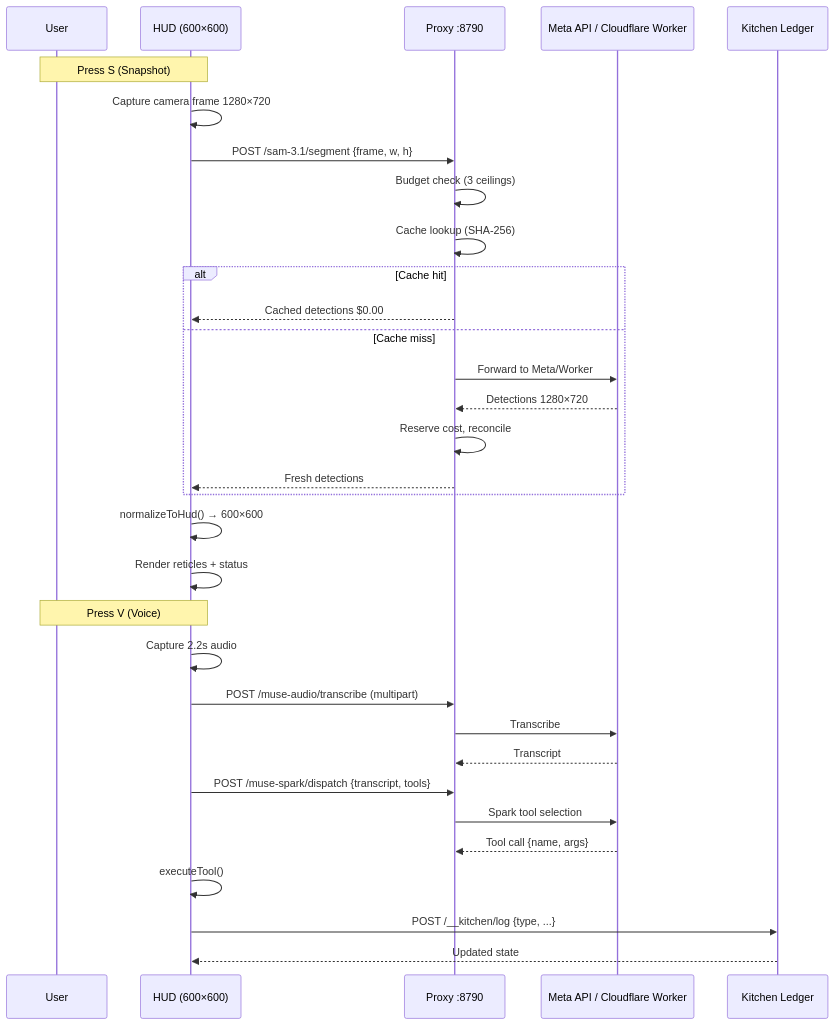
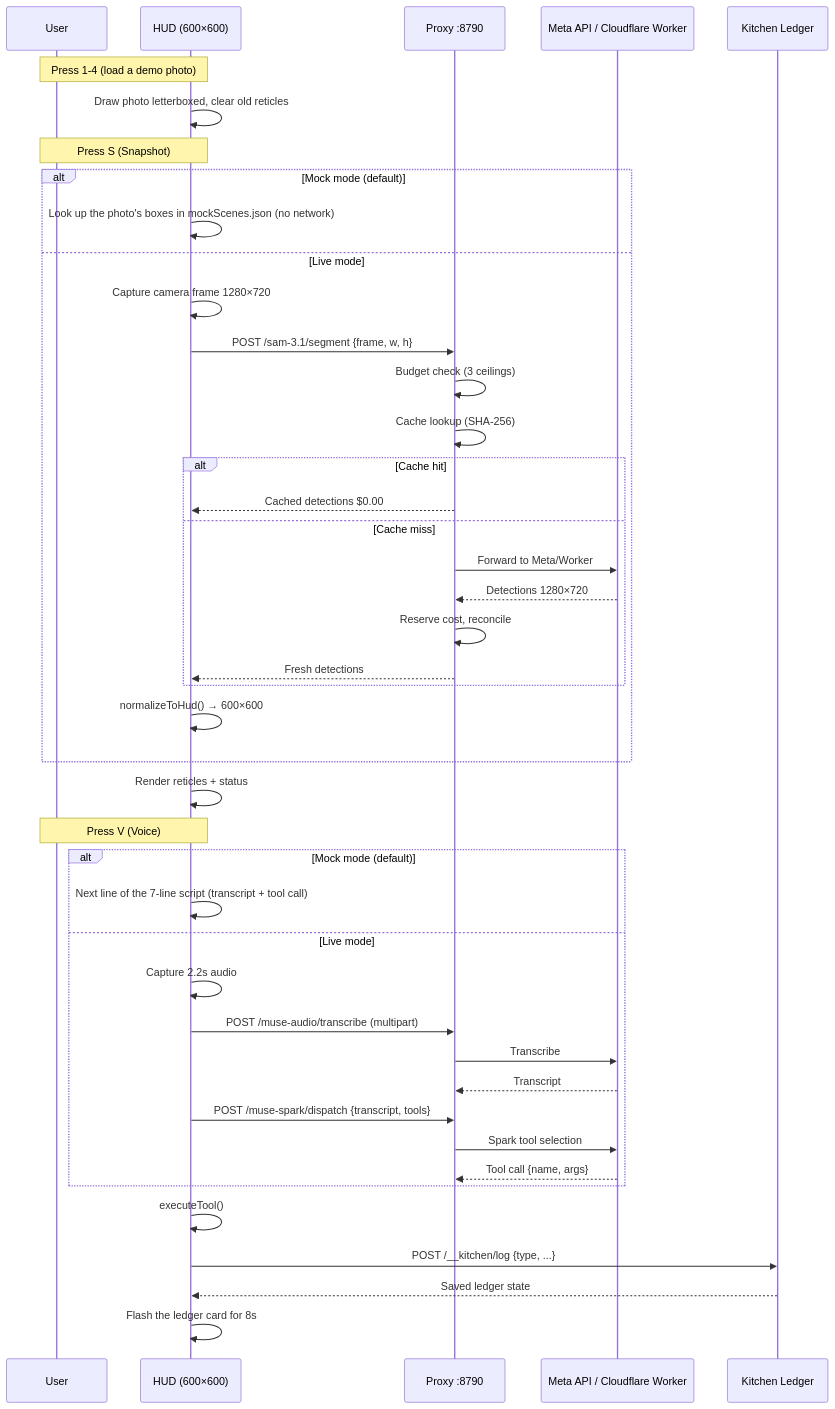
One commit to zumayaaustin-creator/LineCheck-Vision-Hackathon changed the second of 3 diagrams in README.md. Above: the diagram before and after it, drawn with Mermaid. The commit also changed other lines of this file and 2 other files, not shown here.

Commit message:
docs: refresh README, QUICKSTART and harness README for demo scenes, ledger card, voice script; repair two invalid Mermaid diagrams

````diff
--- a/README.md
+++ b/README.md
@@ -100,36 +105,48 @@
 ```mermaid
 sequenceDiagram
     participant U as User
     participant H as HUD (600×600)
     participant P as Proxy :8790
     participant M as Meta API / Cloudflare Worker
     participant K as Kitchen Ledger
 
+    Note over U,H: Press 1-4 (load a demo photo)
+    H->>H: Draw photo letterboxed, clear old reticles
+
     Note over U,H: Press S (Snapshot)
-    H->>H: Capture camera frame 1280×720
-    H->>P: POST /sam-3.1/segment {frame, w, h}
-    P->>P: Budget check (3 ceilings)
-    P->>P: Cache lookup (SHA-256)
-    alt Cache hit
-        P-->>H: Cached detections $0.00
-    else Cache miss
-        P->>M: Forward to Meta/Worker
-        M-->>P: Detections 1280×720
-        P->>P: Reserve cost, reconcile
-        P-->>H: Fresh detections
+    alt Mock mode (default)
+        H->>H: Look up the photo's boxes in mockScenes.json (no network)
+    else Live mode
+        H->>H: Capture camera frame 1280×720
+        H->>P: POST /sam-3.1/segment {frame, w, h}
+        P->>P: Budget check (3 ceilings)
+        P->>P: Cache lookup (SHA-256)
+        alt Cache hit
+            P-->>H: Cached detections $0.00
+        else Cache miss
+            P->>M: Forward to Meta/Worker
+            M-->>P: Detections 1280×720
+            P->>P: Reserve cost, reconcile
+            P-->>H: Fresh detections
+        end
+        H->>H: normalizeToHud() → 600×600
     end
-    H->>H: normalizeToHud() → 600×600
     H->>H: Render reticles + status
 
     Note over U,H: Press V (Voice)
-    H->>H: Capture 2.2s audio
-    H->>P: POST /muse-audio/transcribe (multipart)
-    P->>M: Transcribe
-    M-->>P: Transcript
-    H->>P: POST /muse-spark/dispatch {transcript, tools}
-    P->>M: Spark tool selection
-    M-->>P: Tool call {name, args}
+    alt Mock mode (default)
+        H->>H: Next line of the 7-line script (transcript + tool call)
+    else Live mode
+        H->>H: Capture 2.2s audio
+        H->>P: POST /muse-audio/transcribe (multipart)
+        P->>M: Transcribe
+        M-->>P: Transcript
+        H->>P: POST /muse-spark/dispatch {transcript, tools}
+        P->>M: Spark tool selection
+        M-->>P: Tool call {name, args}
+    end
     H->>H: executeTool()
     H->>K: POST /__kitchen/log {type, ...}
-    K-->>H: Updated state
+    K-->>H: Saved ledger state
+    H->>H: Flash the ledger card for 8s
 ```
````
